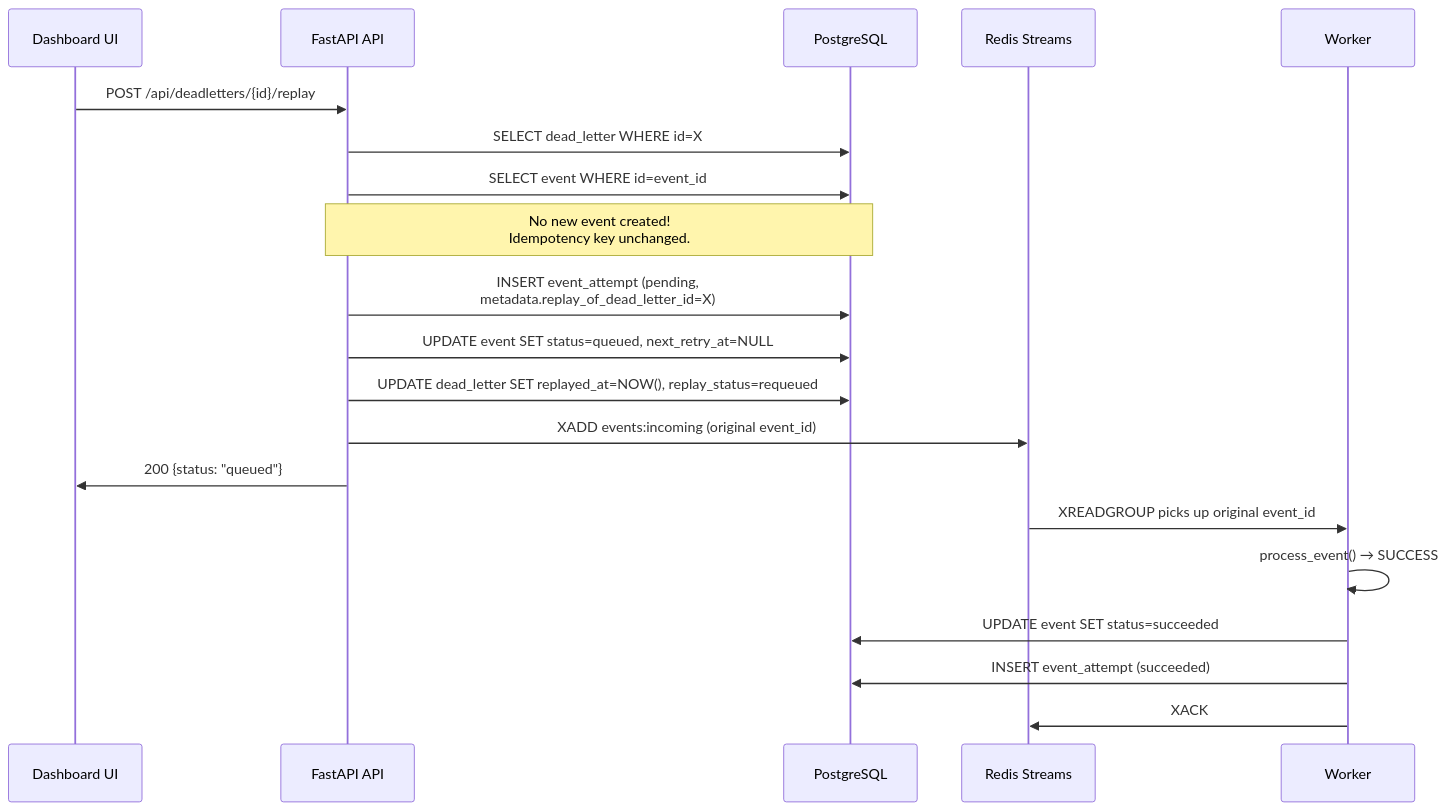
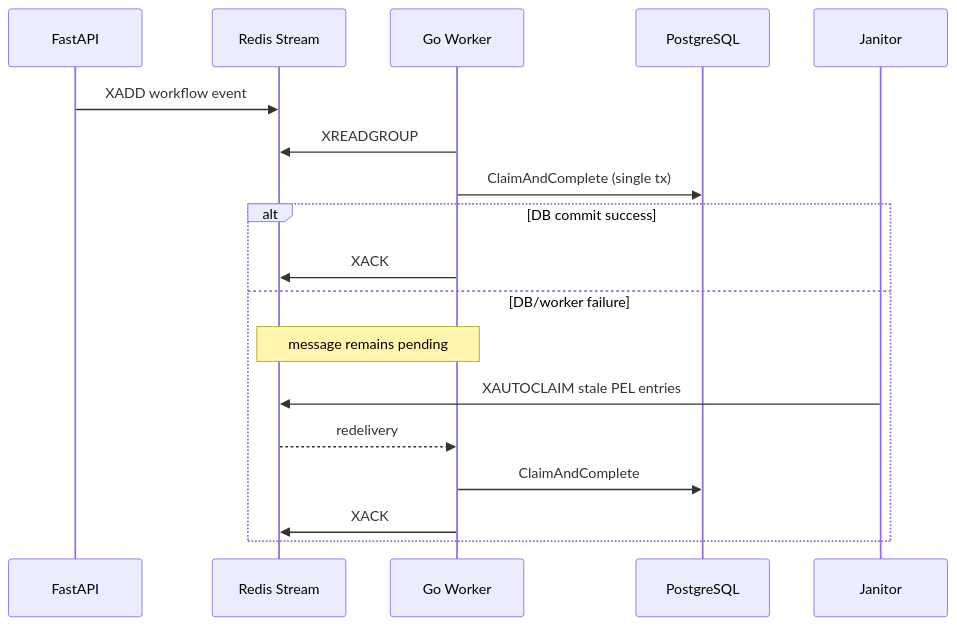
Before and after one commit to sushildalavi/converge: the second of 2 diagrams in README.md, drawn with Mermaid. The commit also changed other lines of this file, not shown here.

Commit message:
Docs: rewrite README with current polyglot architecture, Mermaid diagrams, Playwright workflow, and reliability runbooks

````diff
--- a/README.md
+++ b/README.md
@@ -206,28 +32,21 @@
 ```mermaid
 sequenceDiagram
-    participant UI as Dashboard UI
-    participant API as FastAPI API
+    participant API as FastAPI
+    participant RS as Redis Stream
+    participant W as Go Worker
     participant DB as PostgreSQL
-    participant R as Redis Streams
-    participant W as Worker
+    participant J as Janitor
 
-    UI->>API: POST /api/deadletters/{id}/replay
-
-    API->>DB: SELECT dead_letter WHERE id=X
-    API->>DB: SELECT event WHERE id=event_id
-
-    Note over API,DB: No new event created!<br/>Idempotency key unchanged.
-
-    API->>DB: INSERT event_attempt (pending,<br/>metadata.replay_of_dead_letter_id=X)
-    API->>DB: UPDATE event SET status=queued, next_retry_at=NULL
-    API->>DB: UPDATE dead_letter SET replayed_at=NOW(), replay_status=requeued
-
-    API->>R: XADD events:incoming (original event_id)
-    API->>UI: 200 {status: "queued"}
-
-    R->>W: XREADGROUP picks up original event_id
-    W->>W: process_event() → SUCCESS
-    W->>DB: UPDATE event SET status=succeeded
-    W->>DB: INSERT event_attempt (succeeded)
-    W->>R: XACK
+    API->>RS: XADD workflow event
+    W->>RS: XREADGROUP
+    W->>DB: ClaimAndComplete (single tx)
+    alt DB commit success
+      W->>RS: XACK
+    else DB/worker failure
+      Note over RS,W: message remains pending
+      J->>RS: XAUTOCLAIM stale PEL entries
+      RS-->>W: redelivery
+      W->>DB: ClaimAndComplete
+      W->>RS: XACK
+    end
 ```
````
